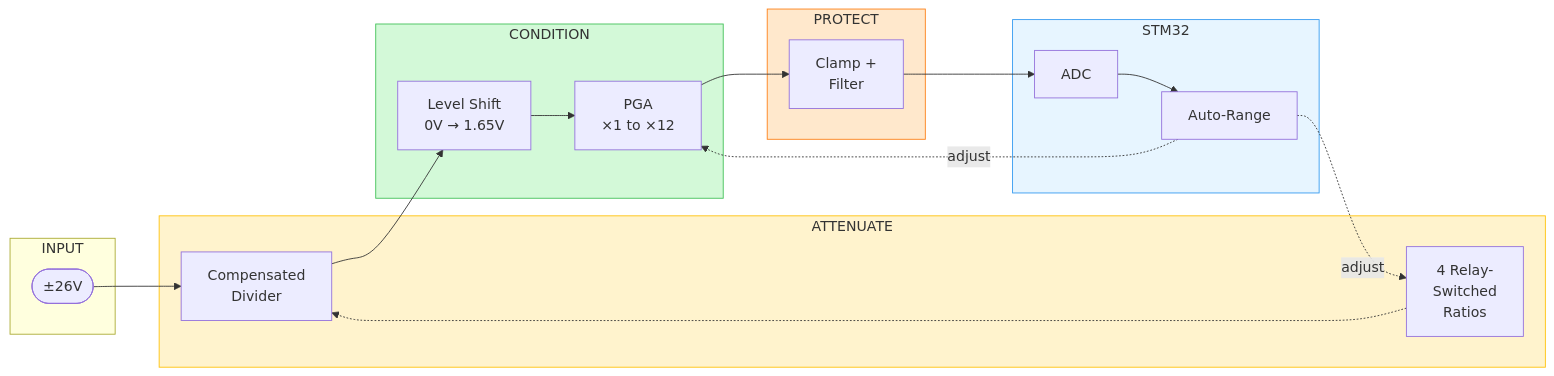
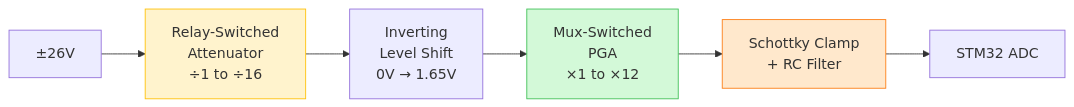
Before and after one commit to mohammadrezasafaeian/smart-wireless-oscilloscope: the fourth of 4 diagrams in README.md, drawn with Mermaid. The commit also changed other lines of this file, not shown here.

````diff
--- a/README.md
+++ b/README.md
@@ -141,36 +140,12 @@
 ```mermaid
 flowchart LR
-    subgraph INPUT["INPUT"]
-        BNC(["±26V"])
-    end
-
-    subgraph ATTEN["ATTENUATE"]
-        DIV["Compensated<br>Divider"]
-        RELAY["4 Relay-<br>Switched<br>Ratios"]
-    end
-
-    subgraph CONDITION["CONDITION"]
-        SHIFT["Level Shift<br>0V → 1.65V"]
-        PGA["PGA<br>×1 to ×12"]
-    end
-
-    subgraph PROTECT["PROTECT"]
-        CLAMP["Clamp +<br>Filter"]
-    end
-
-    subgraph MCU["STM32"]
-        ADC["ADC"]
-        AUTO["Auto-Range"]
-    end
-
-    BNC --> DIV
-    RELAY -.-> DIV
-    DIV --> SHIFT --> PGA --> CLAMP --> ADC --> AUTO
-    AUTO -.->|"adjust"| RELAY
-    AUTO -.->|"adjust"| PGA
+    BNC["±26V"] --> ATTEN["Relay-Switched<br>Attenuator<br>÷1 to ÷16"]
+    ATTEN --> SHIFT["Inverting<br>Level Shift<br>0V → 1.65V"]
+    SHIFT --> PGA["Mux-Switched<br>PGA<br>×1 to ×12"]
+    PGA --> PROT["Schottky Clamp<br>+ RC Filter"]
+    PROT --> ADC["STM32 ADC"]
 
     style ATTEN fill:#fff3cd,stroke:#ffc107
-    style CONDITION fill:#d3f9d8,stroke:#40c057
-    style PROTECT fill:#ffe8cc,stroke:#fd7e14
-    style MCU fill:#e7f5ff,stroke:#339af0
+    style PGA fill:#d3f9d8,stroke:#40c057
+    style PROT fill:#ffe8cc,stroke:#fd7e14
 ```
````
